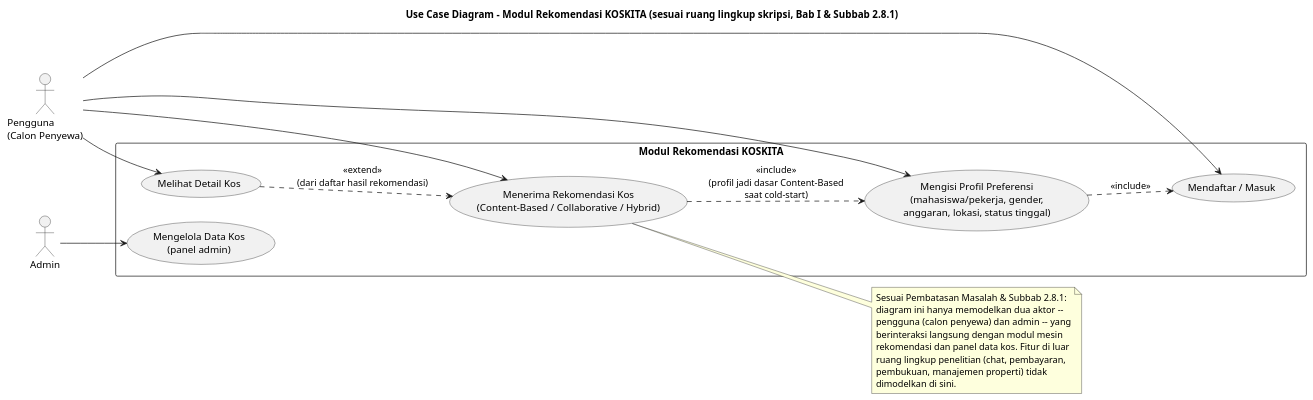
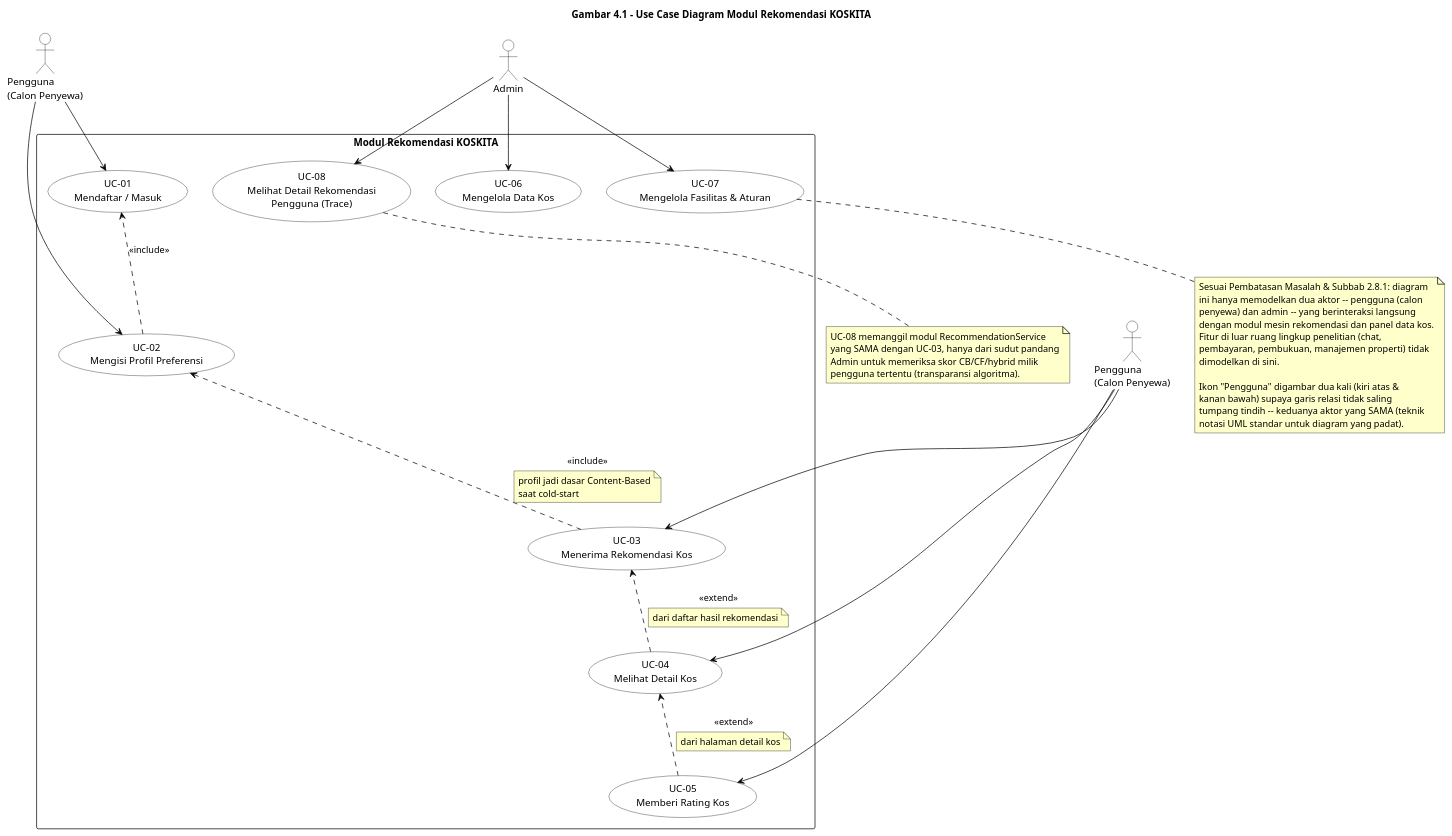
The diagram in docs/diagrams/skripsi/gambar-use-case.puml (bryandaniel1304/koskita), drawn with PlantUML before and after one commit. The commit also changed 45 other files, not shown here.

First line of the commit message:
Pecah use case diagram per aktor & lengkapi diagram activity skripsi

```diff
--- a/docs/diagrams/skripsi/gambar-use-case.puml
+++ b/docs/diagrams/skripsi/gambar-use-case.puml
@@ -1,39 +1,87 @@
 @startuml gambar-use-case
-title Use Case Diagram - Modul Rekomendasi KOSKITA (sesuai ruang lingkup skripsi, Bab I & Subbab 2.8.1)
-left to right direction
+title Gambar 4.1 - Use Case Diagram Modul Rekomendasi KOSKITA
 skinparam backgroundColor White
 skinparam packageStyle rectangle
+' Gaya hitam-putih polos (tanpa fill warna) mengikuti format referensi
+' skripsi contoh -- bukan skema biru yang dipakai diagram lain sebelumnya.
+skinparam ActorBackgroundColor White
+skinparam ActorBorderColor Black
+skinparam UsecaseBackgroundColor White
+skinparam UsecaseBorderColor Black
+skinparam RectangleBackgroundColor White
+skinparam RectangleBorderColor Black
+skinparam ArrowColor Black
+skinparam NoteBackgroundColor #FFFFCC
+skinparam NoteBorderColor Black
 
 actor "Pengguna\n(Calon Penyewa)" as Tenant
+actor "Pengguna\n(Calon Penyewa)" as Tenant2
 actor "Admin" as Admin
 
 rectangle "Modul Rekomendasi KOSKITA" {
-  usecase "Mendaftar / Masuk" as UC_Login
-  usecase "Mengisi Profil Preferensi\n(mahasiswa/pekerja, gender,\nanggaran, lokasi, status tinggal)" as UC_Profile
-  usecase "Menerima Rekomendasi Kos\n(Content-Based / Collaborative / Hybrid)" as UC_Recommend
-  usecase "Melihat Detail Kos" as UC_Detail
-  usecase "Mengelola Data Kos\n(panel admin)" as UC_ManageKos
+  usecase "UC-01\nMendaftar / Masuk" as UC_Login
+  usecase "UC-02\nMengisi Profil Preferensi" as UC_Profile
+  usecase "UC-03\nMenerima Rekomendasi Kos" as UC_Recommend
+  usecase "UC-04\nMelihat Detail Kos" as UC_Detail
+  usecase "UC-05\nMemberi Rating Kos" as UC_Rate
+  usecase "UC-06\nMengelola Data Kos" as UC_ManageKos
+  usecase "UC-07\nMengelola Fasilitas & Aturan" as UC_ManageFacRule
+  usecase "UC-08\nMelihat Detail Rekomendasi\nPengguna (Trace)" as UC_Trace
+
+  ' Hint tata letak kronologis (garis tak terlihat, tidak menambah makna UML)
+  UC_Login -[hidden]right-> UC_Profile
+  UC_Profile -[hidden]right-> UC_Recommend
+  UC_Recommend -[hidden]right-> UC_Detail
+  UC_Detail -[hidden]right-> UC_Rate
 }
 
 Tenant --> UC_Login
 Tenant --> UC_Profile
-Tenant --> UC_Recommend
-Tenant --> UC_Detail
+Tenant2 --> UC_Recommend
+Tenant2 --> UC_Detail
+Tenant2 --> UC_Rate
 Admin --> UC_ManageKos
+Admin --> UC_ManageFacRule
+Admin --> UC_Trace
 
 UC_Profile ..> UC_Login : <<include>>
-UC_Recommend ..> UC_Profile : <<include>>\n(profil jadi dasar Content-Based\nsaat cold-start)
-UC_Detail ..> UC_Recommend : <<extend>>\n(dari daftar hasil rekomendasi)
 
-note right of UC_Recommend
-  Sesuai Pembatasan Masalah & Subbab 2.8.1:
-  diagram ini hanya memodelkan dua aktor --
-  pengguna (calon penyewa) dan admin -- yang
-  berinteraksi langsung dengan modul mesin
-  rekomendasi dan panel data kos. Fitur di luar
-  ruang lingkup penelitian (chat, pembayaran,
-  pembukuan, manajemen properti) tidak
+UC_Recommend ..> UC_Profile : <<include>>
+note on link
+  profil jadi dasar Content-Based
+  saat cold-start
+end note
+
+UC_Detail ..> UC_Recommend : <<extend>>
+note on link
+  dari daftar hasil rekomendasi
+end note
+
+UC_Rate ..> UC_Detail : <<extend>>
+note on link
+  dari halaman detail kos
+end note
+
+note bottom of UC_Trace
+  UC-08 memanggil modul RecommendationService
+  yang SAMA dengan UC-03, hanya dari sudut pandang
+  Admin untuk memeriksa skor CB/CF/hybrid milik
+  pengguna tertentu (transparansi algoritma).
+end note
+
+note bottom of UC_ManageFacRule
+  Sesuai Pembatasan Masalah & Subbab 2.8.1: diagram
+  ini hanya memodelkan dua aktor -- pengguna (calon
+  penyewa) dan admin -- yang berinteraksi langsung
+  dengan modul mesin rekomendasi dan panel data kos.
+  Fitur di luar ruang lingkup penelitian (chat,
+  pembayaran, pembukuan, manajemen properti) tidak
   dimodelkan di sini.
+
+  Ikon "Pengguna" digambar dua kali (kiri atas &
+  kanan bawah) supaya garis relasi tidak saling
+  tumpang tindih -- keduanya aktor yang SAMA (teknik
+  notasi UML standar untuk diagram yang padat).
 end note
 
 @enduml
```
